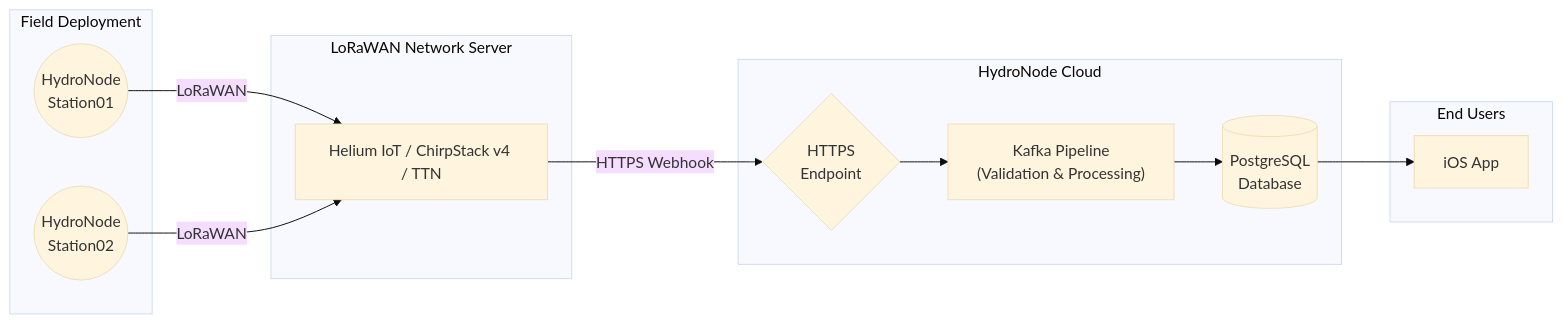
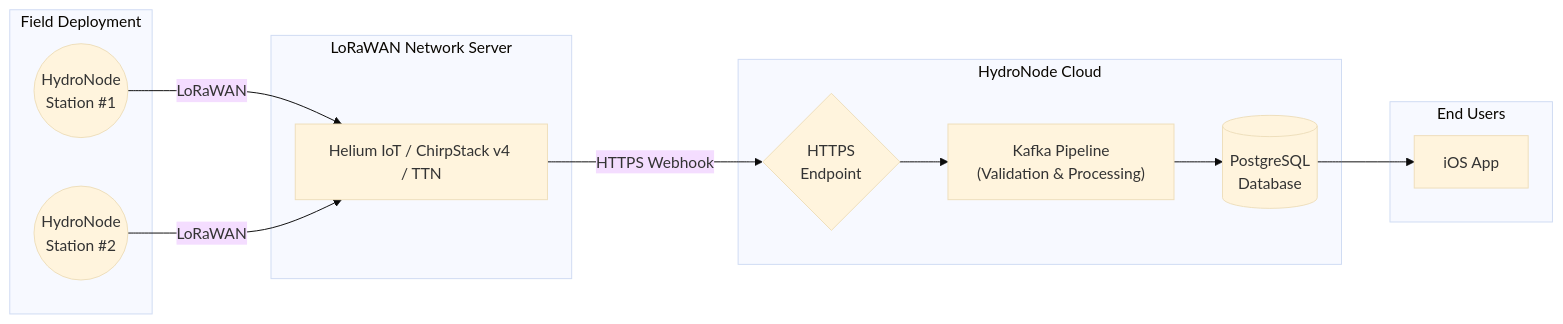
Before and after one commit to TexhFexLabs/HydroNodeStation: the diagram in README.md, drawn with Mermaid (base theme). The commit also changed other lines of this file and 11 other files, not shown here.

First line of the commit message:
docs: rename project from HydroNodeStation01 to HydroNodeStation

````diff
--- a/README.md
+++ b/README.md
@@ -102,28 +103,28 @@
 ```mermaid
 flowchart LR
     subgraph Field ["Field Deployment"]
-        Node1(("HydroNode\nStation01"))
-        Node2(("HydroNode\nStation02"))
+        Node1(("HydroNode\nStation #1"))
+        Node2(("HydroNode\nStation #2"))
     end
 
     subgraph Network ["LoRaWAN Network Server"]
         NS["Helium IoT / ChirpStack v4 / TTN"]
     end
 
     subgraph Backend ["HydroNode Cloud"]
         API{"HTTPS\nEndpoint"}
         Kafka["Kafka Pipeline\n(Validation & Processing)"]
         DB[("PostgreSQL\nDatabase")]
     end
 
     subgraph Client ["End Users"]
         App["iOS App"]
     end
 
     Node1 -- LoRaWAN --> NS
     Node2 -- LoRaWAN --> NS
     NS -- HTTPS Webhook --> API
     API --> Kafka
     Kafka --> DB
     DB --> App
 ```
````
